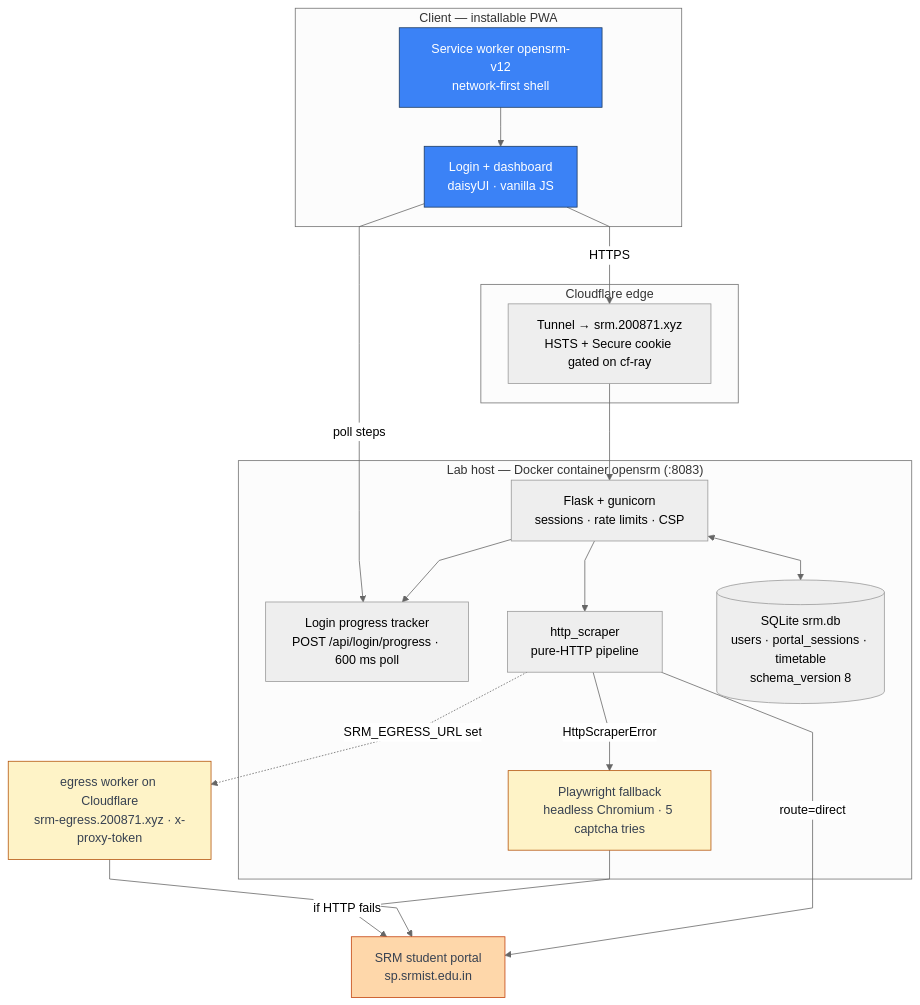
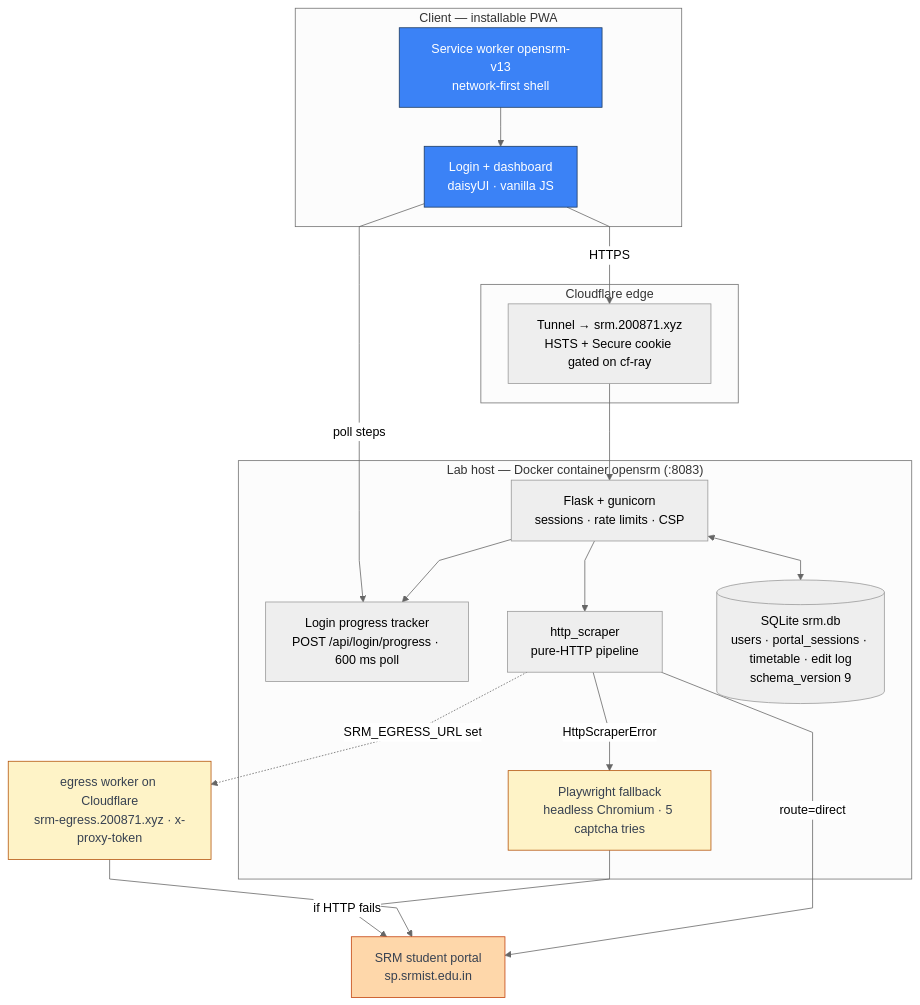
Before and after one commit to thenabbu/OpenSRM: the first of 3 diagrams in README.md, drawn with Mermaid (neutral theme). The commit also changed 11 other files, not shown here.

First line of the commit message:
feat(timetable): section-visible edit history — who edited, when, what changed

````diff
--- a/README.md
+++ b/README.md
@@ -64,43 +64,43 @@
 ```mermaid
 %%{init: {"flowchart": {"curve": "linear"}}}%%
 flowchart TD
     subgraph client["Client — installable PWA"]
         UI["Login + dashboard<br/>daisyUI · vanilla JS"]
-        SW["Service worker opensrm-v12<br/>network-first shell"]
+        SW["Service worker opensrm-v13<br/>network-first shell"]
     end
 
     subgraph edge["Cloudflare edge"]
         TUN["Tunnel → srm.200871.xyz<br/>HSTS + Secure cookie gated on cf-ray"]
     end
 
     subgraph lab["Lab host — Docker container opensrm (:8083)"]
         FL["Flask + gunicorn<br/>sessions · rate limits · CSP"]
         PROG["Login progress tracker<br/>POST /api/login/progress · 600 ms poll"]
         HS["http_scraper<br/>pure-HTTP pipeline"]
         PW["Playwright fallback<br/>headless Chromium · 5 captcha tries"]
-        DB[("SQLite srm.db<br/>users · portal_sessions · timetable<br/>schema_version 8")]
+        DB[("SQLite srm.db<br/>users · portal_sessions · timetable · edit log<br/>schema_version 9")]
         FL --> PROG
         FL <--> DB
         FL --> HS
         HS -->|"HttpScraperError"| PW
     end
 
     EG["egress worker on Cloudflare<br/>srm-egress.200871.xyz · x-proxy-token"]
     P["SRM student portal<br/>sp.srmist.edu.in"]
 
     UI -->|"HTTPS"| TUN
     TUN --> FL
     SW --> UI
     UI -->|"poll steps"| PROG
     HS -->|"route=direct"| P
     HS -.->|"SRM_EGRESS_URL set"| EG
     EG --> P
     PW -->|"if HTTP fails"| P
 
     classDef client fill:#3b82f6,stroke:#1e3a5f,color:#ffffff
     classDef conditional fill:#fef3c7,stroke:#b45309,color:#374151
     classDef external fill:#fed7aa,stroke:#c2410c,color:#374151
     class UI,SW client
     class PW,EG conditional
     class P external
 ```
````
